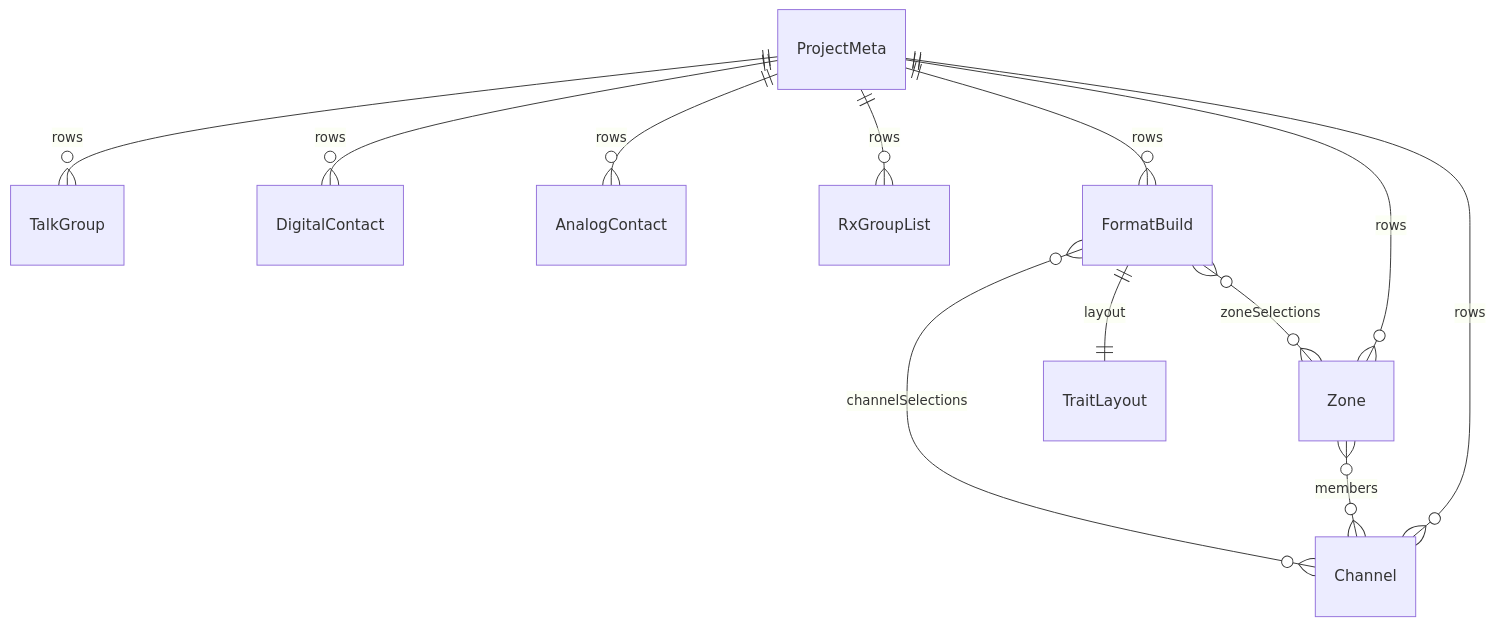
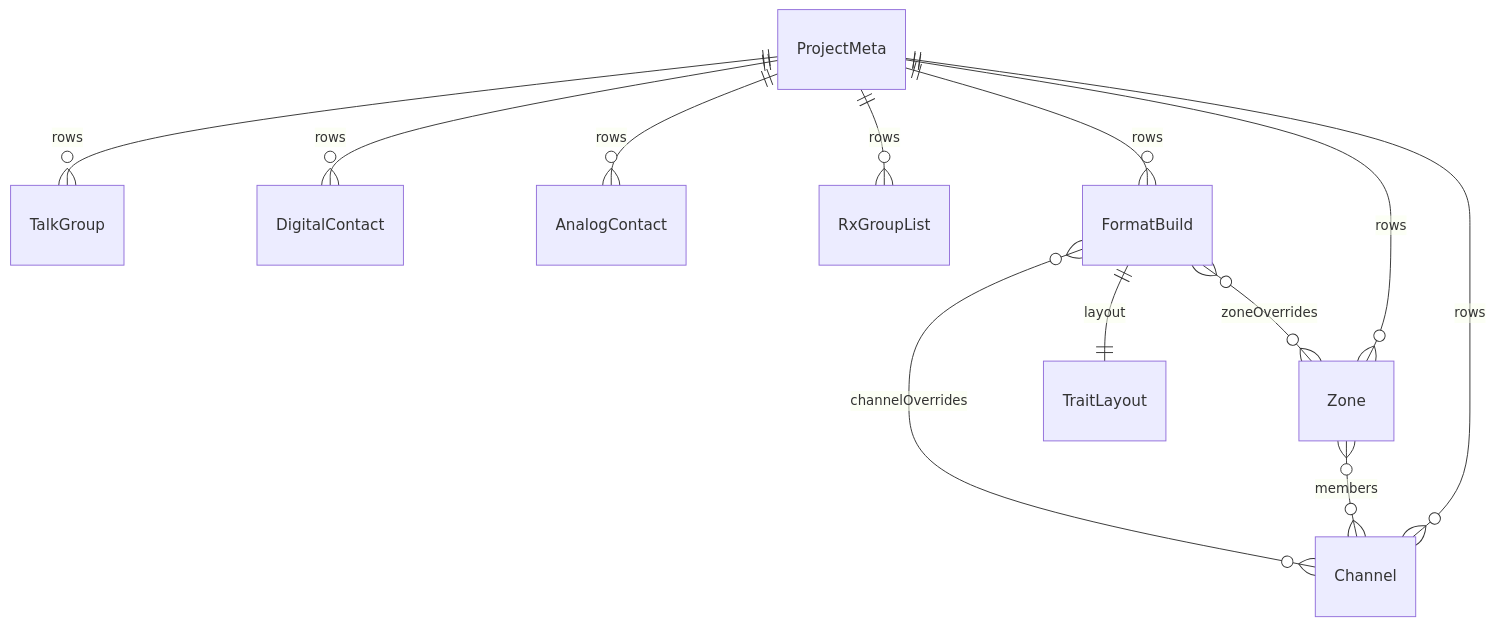
One commit to pskillen/codeplug-studio changed the second of 2 diagrams in docs/features/data-model/README.md. Above: the diagram before and after it, drawn with Mermaid. The commit also changed other lines of this file and 16 other files, not shown here.

First line of the commit message:
refactor(core): rename FormatBuild selections to sparse overrides

````diff
--- a/docs/features/data-model/README.md
+++ b/docs/features/data-model/README.md
@@ -52,14 +52,14 @@
 ```mermaid
 erDiagram
   ProjectMeta ||--o{ Channel : rows
   ProjectMeta ||--o{ Zone : rows
   ProjectMeta ||--o{ TalkGroup : rows
   ProjectMeta ||--o{ DigitalContact : rows
   ProjectMeta ||--o{ AnalogContact : rows
   ProjectMeta ||--o{ RxGroupList : rows
   ProjectMeta ||--o{ FormatBuild : rows
   Zone }o--o{ Channel : members
-  FormatBuild }o--o{ Channel : channelSelections
-  FormatBuild }o--o{ Zone : zoneSelections
+  FormatBuild }o--o{ Channel : channelOverrides
+  FormatBuild }o--o{ Zone : zoneOverrides
   FormatBuild ||--|| TraitLayout : layout
 ```
````
